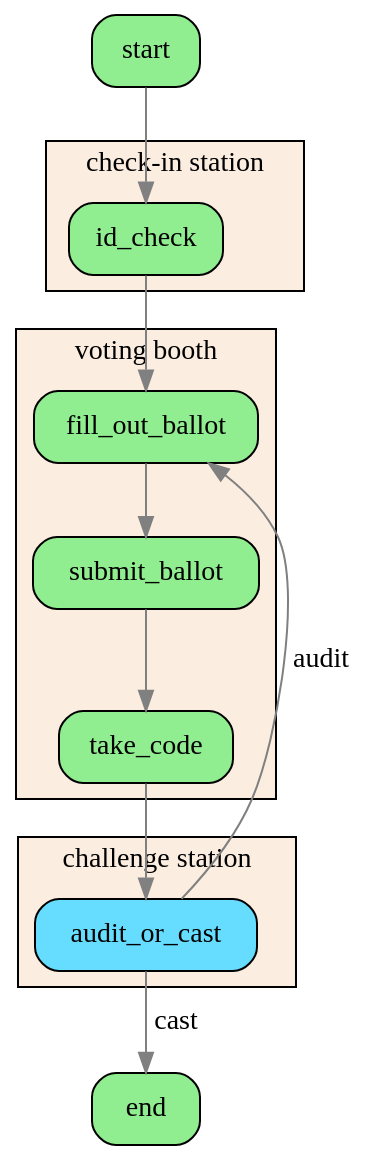
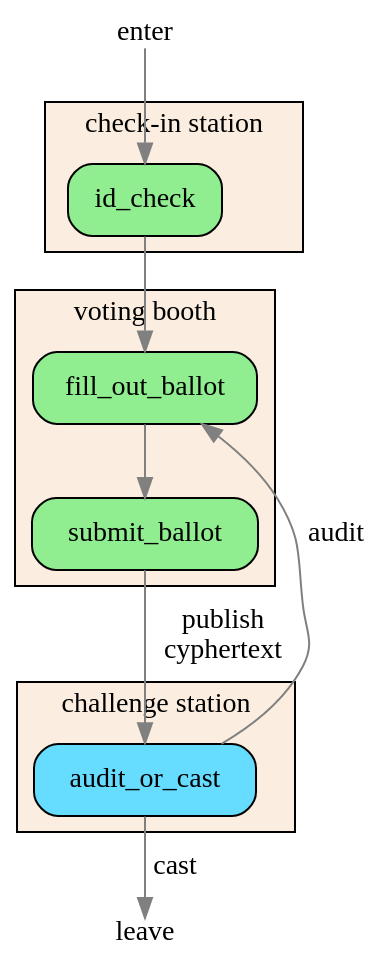
Before and after one commit to jefdaj/cryptoisland: the diagram in src/posts/2024/10/15/mechanics-of-the-benaloh-challenge/current-workflow.dot, drawn with Graphviz. The commit also changed 3 other files, not shown here.

```diff
--- a/src/posts/2024/10/15/mechanics-of-the-benaloh-challenge/current-workflow.dot
+++ b/src/posts/2024/10/15/mechanics-of-the-benaloh-challenge/current-workflow.dot
@@ -1,36 +1,36 @@
 digraph current_workflow {
   rankdir=TB
   bgcolor=transparent
   node [shape=box, style="rounded,filled", fillcolor=lightgreen]
   edge [color=grey]
 
-  start
-  end
+  enter [shape=plain,fillcolor=transparent]
+  leave [shape=plain,fillcolor=transparent]
   subgraph cluster_votingbooth {
     bgcolor="#fbeee0"
     label="voting booth"
-    fill_out_ballot -> submit_ballot -> take_code
+    fill_out_ballot -> submit_ballot
   }
   subgraph cluster_checkin {
     bgcolor="#fbeee0"
     label="check-in station"
     id_check -> fill_out_ballot
   }
   subgraph cluster_challenge {
     bgcolor="#fbeee0"
     label="challenge station"
     audit_or_cast [fillcolor="#66ddff"] // blue
   }
   // TODO separate post
   // subgraph cluster_verify {
   //   label="verify tally"
   //   verify_vote_included -> verify_tally
   // }
-  start -> id_check
-  take_code -> audit_or_cast
+  enter -> id_check
+  submit_ballot -> audit_or_cast [label="publish\ncyphertext"]
   audit_or_cast -> fill_out_ballot [label="audit", weight=0]
   // audit_or_cast -> verify_vote_included [label="cast"]
-  audit_or_cast -> end [label="cast"]
-  // verify_vote_included -> end
-  // verify_tally -> end
+  audit_or_cast -> leave [label="cast"]
+  // verify_vote_included -> leave
+  // verify_tally -> leave
 }
```
